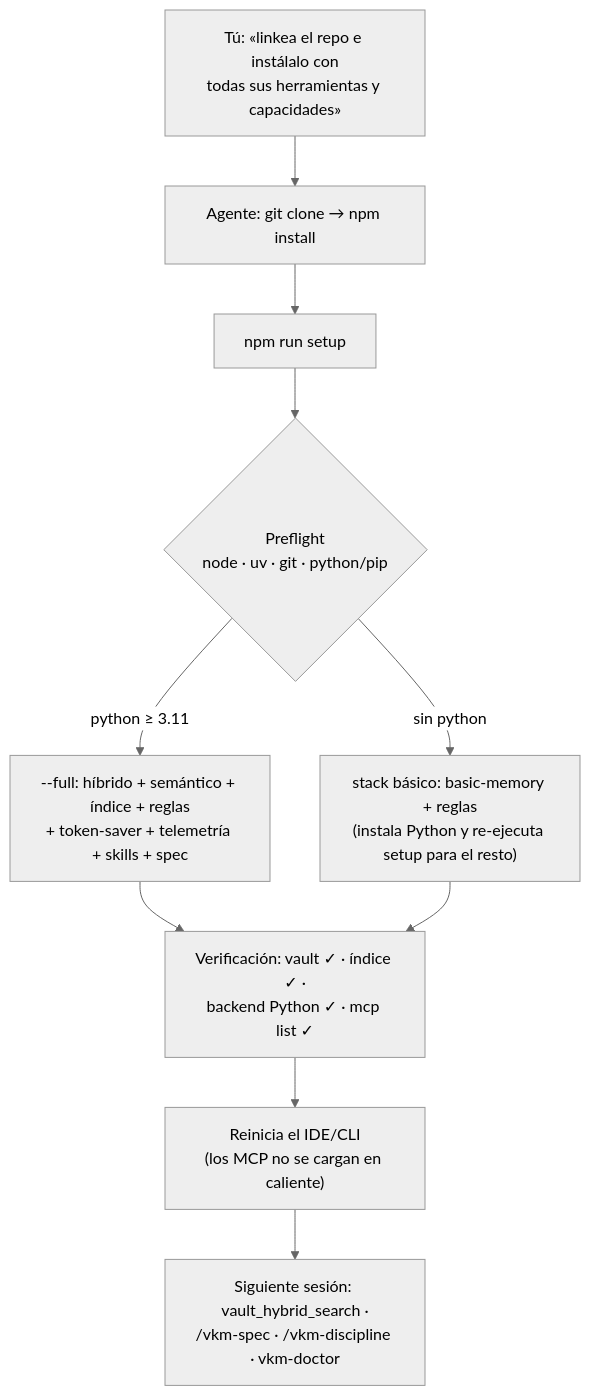
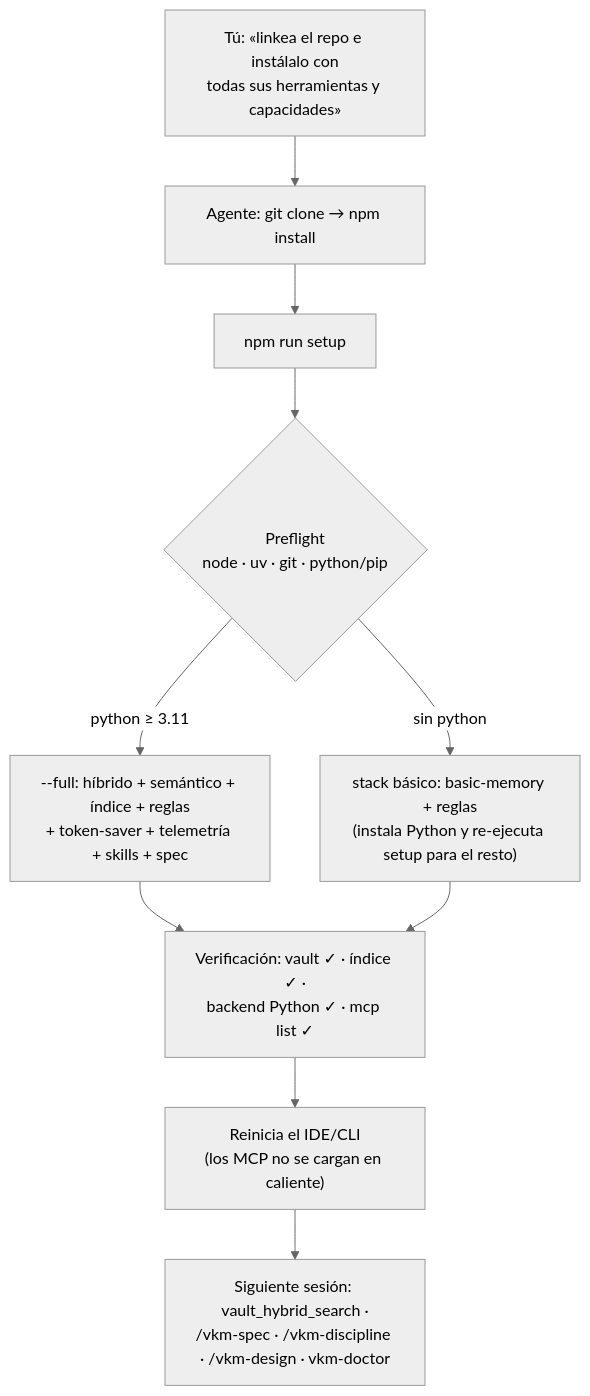
Before and after one commit to Vahlame/create-vkm-kit: the diagram in docs/es/instalar-con-agente.md, drawn with Mermaid (neutral theme). The commit also changed other lines of this file and 8 other files, not shown here.

````diff
--- a/docs/es/instalar-con-agente.md
+++ b/docs/es/instalar-con-agente.md
@@ -42,12 +42,12 @@
 ```mermaid
 flowchart TD
   P["Tú: «linkea el repo e instálalo con<br>todas sus herramientas y capacidades»"] --> C["Agente: git clone → npm install"]
   C --> S["npm run setup"]
   S --> PF{"Preflight<br>node · uv · git · python/pip"}
   PF -- "python ≥ 3.11" --> F["--full: híbrido + semántico + índice + reglas<br>+ token-saver + telemetría + skills + spec"]
   PF -- "sin python" --> B["stack básico: basic-memory + reglas<br>(instala Python y re-ejecuta setup para el resto)"]
   F --> V["Verificación: vault ✓ · índice ✓ ·<br>backend Python ✓ · mcp list ✓"]
   B --> V
   V --> R["Reinicia el IDE/CLI<br>(los MCP no se cargan en caliente)"]
-  R --> L["Siguiente sesión: vault_hybrid_search ·<br>/vkm-spec · /vkm-discipline · vkm-doctor"]
+  R --> L["Siguiente sesión: vault_hybrid_search ·<br>/vkm-spec · /vkm-discipline · /vkm-design · vkm-doctor"]
 ```
````
